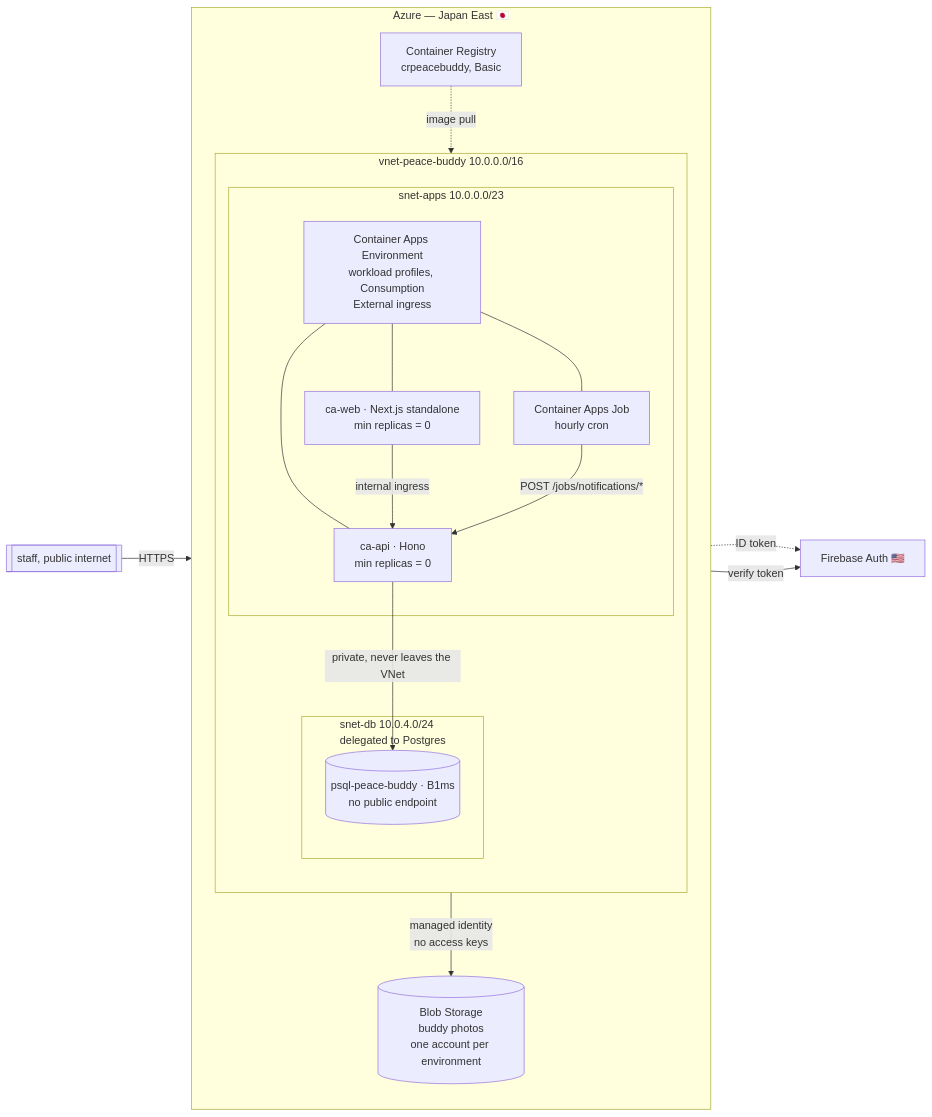
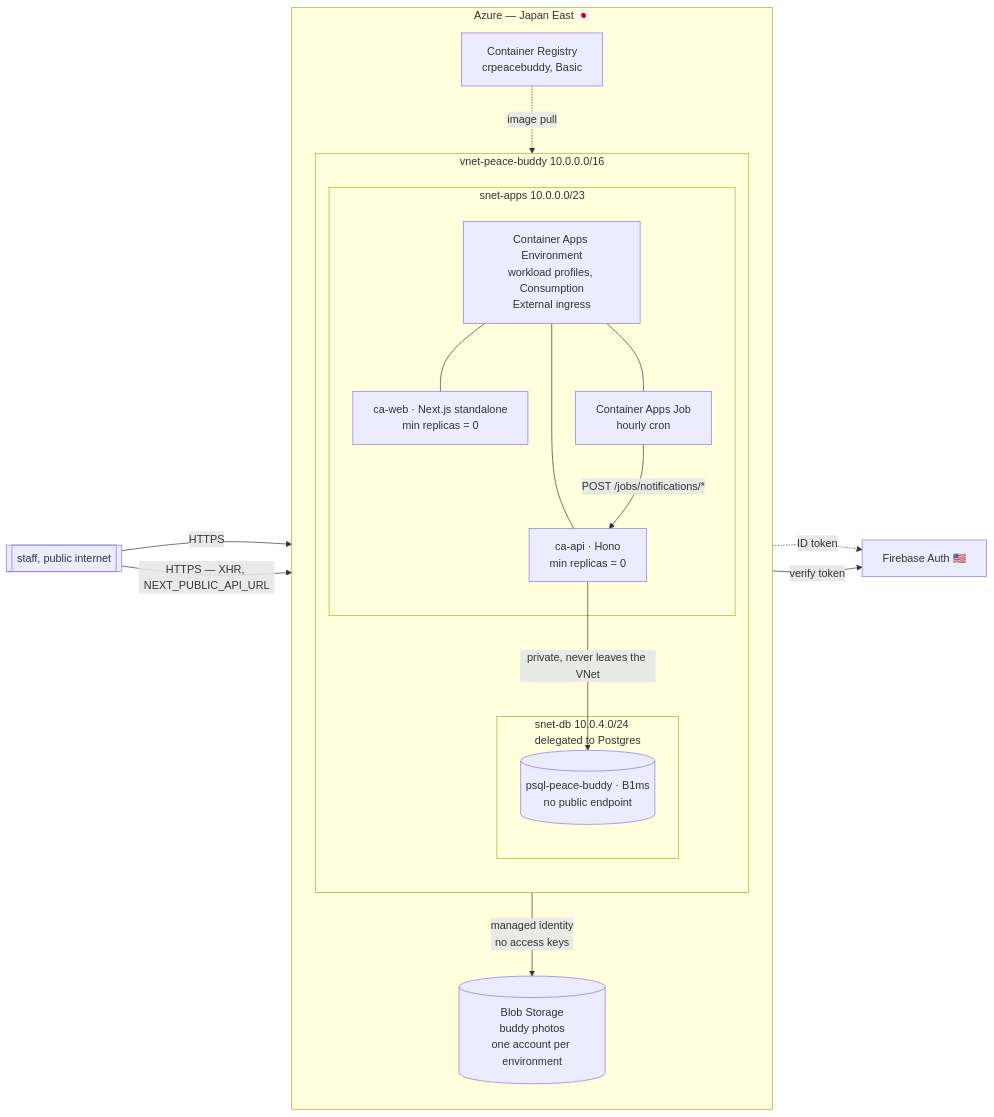
The second of 7 diagrams in docs/deploy-plan.md (Lynns0416/buddy-app-copy), drawn with Mermaid before and after one commit. The commit also changed other lines of this file and 10 other files, not shown here.

````diff
--- a/docs/deploy-plan.md
+++ b/docs/deploy-plan.md
@@ -67,38 +67,38 @@
 ```mermaid
 flowchart LR
     U[["staff, public internet"]]
 
     subgraph AZ["Azure — Japan East 🇯🇵"]
         direction TB
         ACR["Container Registry<br/>crpeacebuddy, Basic"]
         BLOB[("Blob Storage<br/>buddy photos<br/>one account per environment")]
 
         subgraph VNET["vnet-peace-buddy 10.0.0.0/16"]
             direction TB
             subgraph SA["snet-apps 10.0.0.0/23"]
                 CAE["Container Apps Environment<br/>workload profiles, Consumption<br/>External ingress"]
                 W["ca-web · Next.js standalone<br/>min replicas = 0"]
                 A["ca-api · Hono<br/>min replicas = 0"]
                 J["Container Apps Job<br/>hourly cron"]
             end
             subgraph SD["snet-db 10.0.4.0/24<br/>delegated to Postgres"]
                 DB[("psql-peace-buddy · B1ms<br/>no public endpoint")]
             end
         end
 
         ACR -.->|image pull| CAE
         CAE --- W
         CAE --- A
         CAE --- J
         A -->|private, never leaves the VNet| DB
     end
 
     FA["Firebase Auth 🇺🇸"]
 
     U -->|HTTPS| W
-    W -->|internal ingress| A
+    U -->|"HTTPS — XHR, NEXT_PUBLIC_API_URL"| A
     W -.->|ID token| FA
     A -->|verify token| FA
     A -->|managed identity<br/>no access keys| BLOB
     J -->|"POST /jobs/notifications/*"| A
 ```
````
